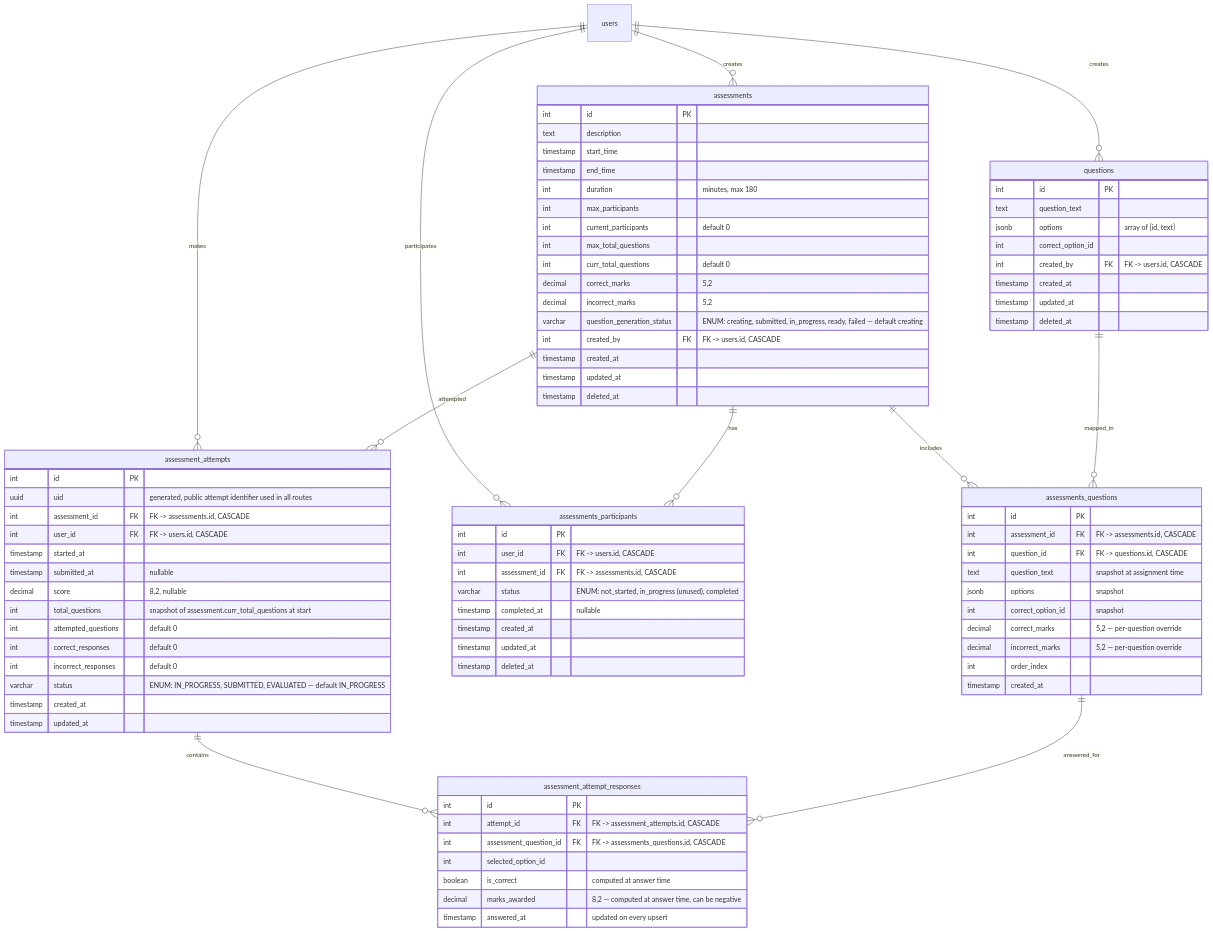
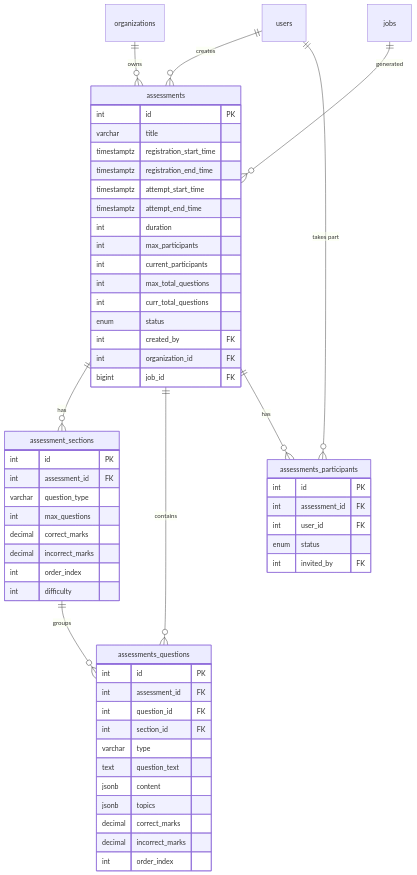
One commit to sharma-dikshant/TestFlow-Docs changed the fourth of 14 diagrams in docs/erd.md. Above: the diagram before and after it, drawn with Mermaid. The commit also changed other lines of this file and 26 other files, not shown here.

````diff
--- a/docs/erd.md
+++ b/docs/erd.md
@@ -98,95 +366,58 @@
 ```mermaid
 erDiagram
-
-    questions {
-        int id PK
-        text question_text
-        jsonb options "array of {id, text}"
-        int correct_option_id
-        int created_by FK "FK -> users.id, CASCADE"
-        timestamp created_at
-        timestamp updated_at
-        timestamp deleted_at
-    }
-
     assessments {
         int id PK
-        text description
-        timestamp start_time
-        timestamp end_time
-        int duration "minutes, max 180"
+        varchar title
+        timestamptz registration_start_time
+        timestamptz registration_end_time
+        timestamptz attempt_start_time
+        timestamptz attempt_end_time
+        int duration
         int max_participants
-        int current_participants "default 0"
+        int current_participants
         int max_total_questions
-        int curr_total_questions "default 0"
-        decimal correct_marks "5,2"
-        decimal incorrect_marks "5,2"
-        varchar question_generation_status "ENUM: creating, submitted, in_progress, ready, failed — default creating"
-        int created_by FK "FK -> users.id, CASCADE"
-        timestamp created_at
-        timestamp updated_at
-        timestamp deleted_at
+        int curr_total_questions
+        enum status
+        int created_by FK
+        int organization_id FK
+        bigint job_id FK
     }
-
+    assessment_sections {
+        int id PK
+        int assessment_id FK
+        varchar question_type
+        int max_questions
+        decimal correct_marks
+        decimal incorrect_marks
+        int order_index
+        int difficulty
+    }
     assessments_questions {
         int id PK
-        int assessment_id FK "FK -> assessments.id, CASCADE"
-        int question_id FK "FK -> questions.id, CASCADE"
-        text question_text "snapshot at assignment time"
-        jsonb options "snapshot"
-        int correct_option_id "snapshot"
-        decimal correct_marks "5,2 — per-question override"
-        decimal incorrect_marks "5,2 — per-question override"
+        int assessment_id FK
+        int question_id FK
+        int section_id FK
+        varchar type
+        text question_text
+        jsonb content
+        jsonb topics
+        decimal correct_marks
+        decimal incorrect_marks
         int order_index
-        timestamp created_at
     }
-
     assessments_participants {
         int id PK
-        int user_id FK "FK -> users.id, CASCADE"
-        int assessment_id FK "FK -> assessments.id, CASCADE"
-        varchar status "ENUM: not_started, in_progress (unused), completed"
-        timestamp completed_at "nullable"
-        timestamp created_at
-        timestamp updated_at
-        timestamp deleted_at
+        int assessment_id FK
+        int user_id FK
+        enum status
+        int invited_by FK
     }
-
-    assessment_attempts {
-        int id PK
-        uuid uid "generated, public attempt identifier used in all routes"
-        int assessment_id FK "FK -> assessments.id, CASCADE"
-        int user_id FK "FK -> users.id, CASCADE"
-        timestamp started_at
-        timestamp submitted_at "nullable"
-        decimal score "8,2, nullable"
-        int total_questions "snapshot of assessment.curr_total_questions at start"
-        int attempted_questions "default 0"
-        int correct_responses "default 0"
-        int incorrect_responses "default 0"
-        varchar status "ENUM: IN_PROGRESS, SUBMITTED, EVALUATED — default IN_PROGRESS"
-        timestamp created_at
-        timestamp updated_at
-    }
-
-    assessment_attempt_responses {
-        int id PK
-        int attempt_id FK "FK -> assessment_attempts.id, CASCADE"
-        int assessment_question_id FK "FK -> assessments_questions.id, CASCADE"
-        int selected_option_id
-        boolean is_correct "computed at answer time"
-        decimal marks_awarded "8,2 — computed at answer time, can be negative"
-        timestamp answered_at "updated on every upsert"
-    }
-
-    users ||--o{ questions : creates
-    users ||--o{ assessments : creates
-    assessments ||--o{ assessments_questions : includes
-    questions ||--o{ assessments_questions : mapped_in
-    users ||--o{ assessments_participants : participates
-    assessments ||--o{ assessments_participants : has
-    users ||--o{ assessment_attempts : makes
-    assessments ||--o{ assessment_attempts : attempted
-    assessment_attempts ||--o{ assessment_attempt_responses : contains
-    assessments_questions ||--o{ assessment_attempt_responses : answered_for
+    users ||--o{ assessments : "creates"
+    organizations ||--o{ assessments : "owns"
+    jobs ||--o{ assessments : "generated"
+    assessments ||--o{ assessment_sections : "has"
+    assessment_sections ||--o{ assessments_questions : "groups"
+    assessments ||--o{ assessments_questions : "contains"
+    assessments ||--o{ assessments_participants : "has"
+    users ||--o{ assessments_participants : "takes part"
 ```
````
